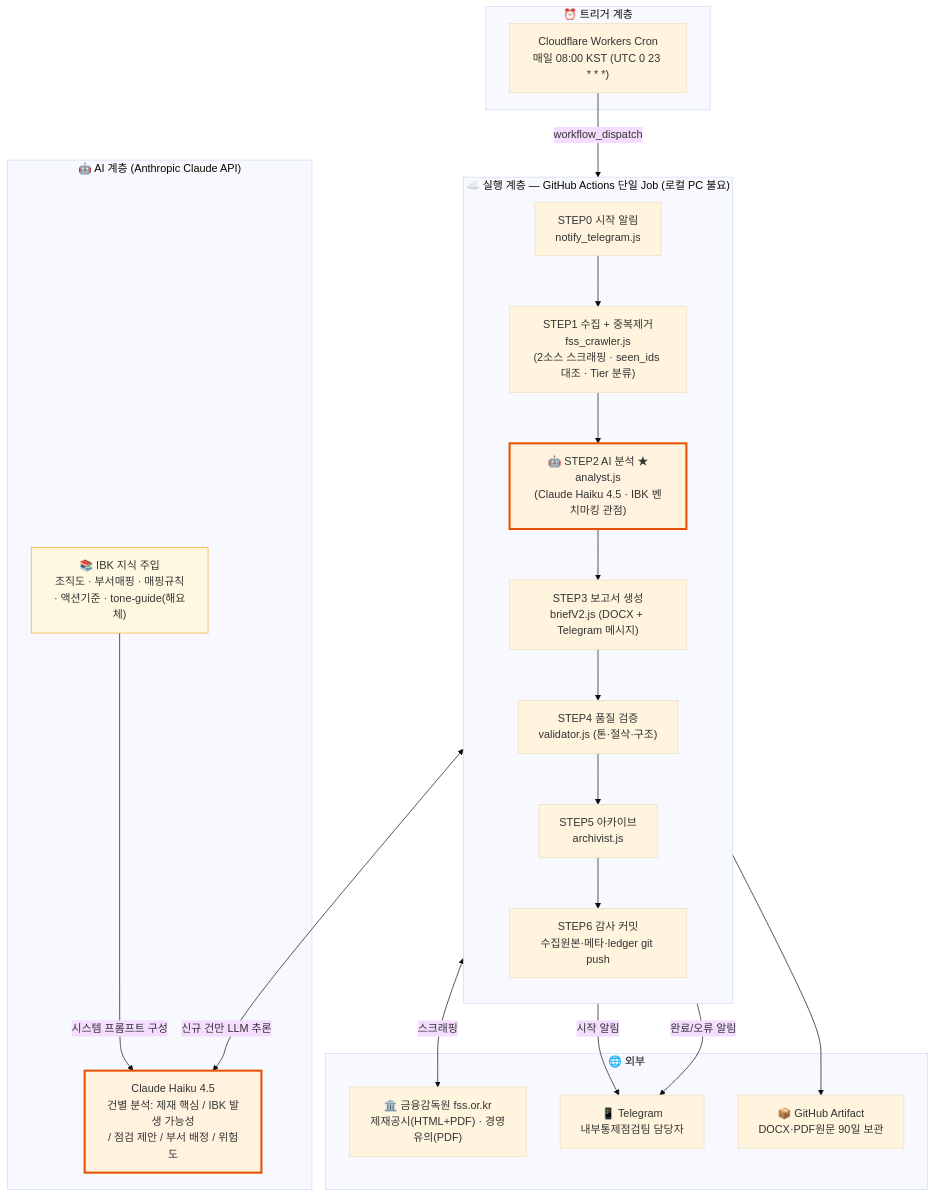
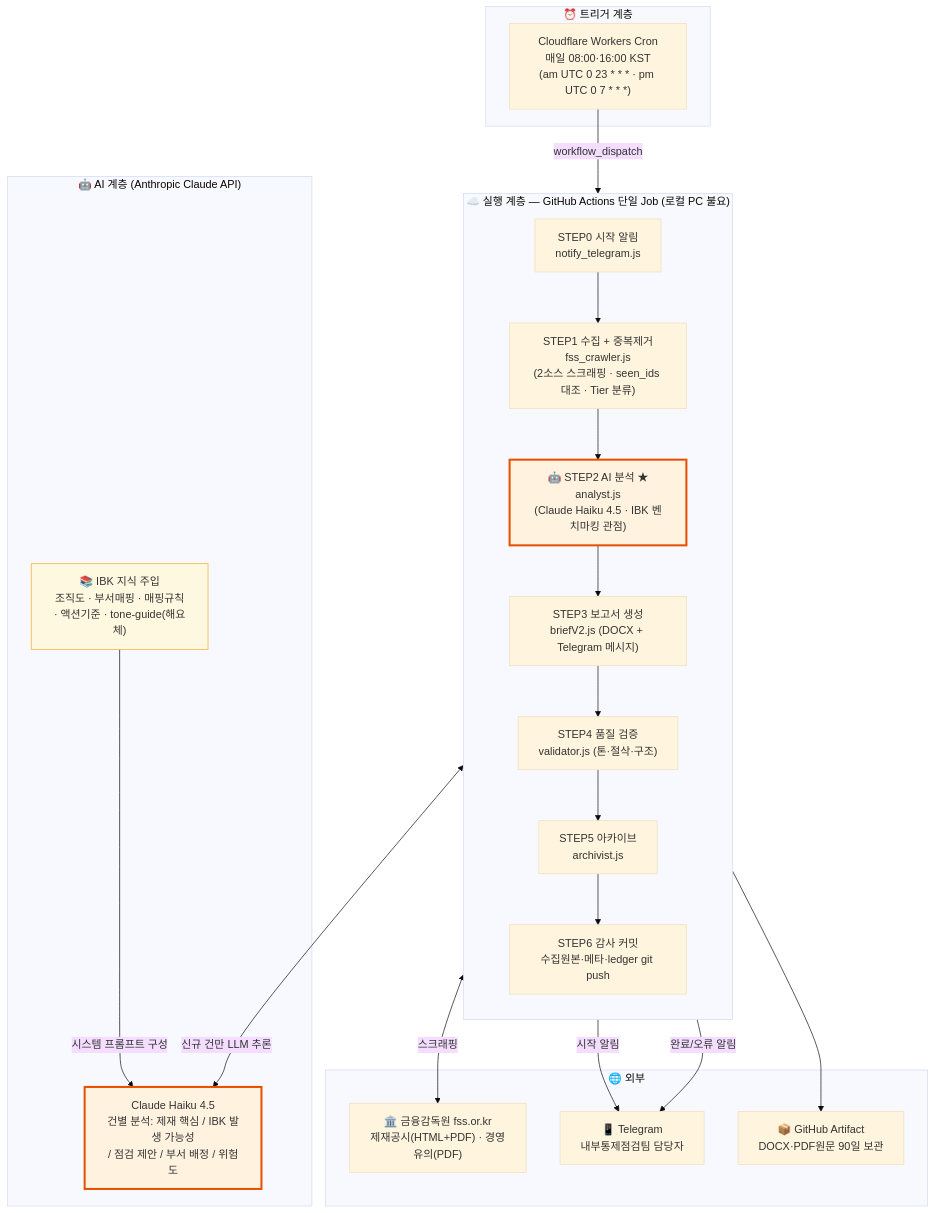
One commit to pyorocop-lang/ibk-FSS-brief changed the first of 2 diagrams in docs/deliverables/03_BUSINESS_DOC.md. Above: the diagram before and after it, drawn with Mermaid (base theme). The commit also changed other lines of this file and 20 other files, not shown here.

````diff
--- a/docs/deliverables/03_BUSINESS_DOC.md
+++ b/docs/deliverables/03_BUSINESS_DOC.md
@@ -27,40 +27,40 @@
 ```mermaid
 flowchart TB
     subgraph TRIGGER["⏰ 트리거 계층"]
-        CRON["Cloudflare Workers Cron<br/>매일 08:00 KST (UTC 0 23 * * *)"]
+        CRON["Cloudflare Workers Cron<br/>매일 08:00·16:00 KST<br/>(am UTC 0 23 * * * · pm UTC 0 7 * * *)"]
     end
 
     subgraph PIPELINE["☁️ 실행 계층 — GitHub Actions 단일 Job (로컬 PC 불요)"]
         direction TB
         S0["STEP0 시작 알림<br/>notify_telegram.js"]
         S1["STEP1 수집 + 중복제거<br/>fss_crawler.js<br/>(2소스 스크래핑 · seen_ids 대조 · Tier 분류)"]
         S2["🤖 STEP2 AI 분석 ★<br/>analyst.js<br/>(Claude Haiku 4.5 · IBK 벤치마킹 관점)"]
         S3["STEP3 보고서 생성<br/>briefV2.js (DOCX + Telegram 메시지)"]
         S4["STEP4 품질 검증<br/>validator.js (톤·절삭·구조)"]
         S5["STEP5 아카이브<br/>archivist.js"]
         S6["STEP6 감사 커밋<br/>수집원본·메타·ledger git push"]
     end
 
     subgraph AI["🤖 AI 계층 (Anthropic Claude API)"]
         LLM["Claude Haiku 4.5<br/>건별 분석: 제재 핵심 / IBK 발생 가능성<br/>/ 점검 제안 / 부서 배정 / 위험도"]
         KNOW["📚 IBK 지식 주입<br/>조직도 · 부서매핑 · 매핑규칙<br/>· 액션기준 · tone-guide(해요체)"]
     end
 
     subgraph EXT["🌐 외부"]
         FSS["🏛️ 금융감독원 fss.or.kr<br/>제재공시(HTML+PDF) · 경영유의(PDF)"]
         TG["📱 Telegram<br/>내부통제점검팀 담당자"]
         ART["📦 GitHub Artifact<br/>DOCX·PDF원문 90일 보관"]
     end
 
     CRON -->|workflow_dispatch| S0 --> S1 --> S2 --> S3 --> S4 --> S5 --> S6
     S1 <-->|스크래핑| FSS
     KNOW -->|시스템 프롬프트 구성| LLM
     S2 <-->|"신규 건만 LLM 추론"| LLM
     S0 -->|시작 알림| TG
     S6 -->|완료/오류 알림| TG
     S6 --> ART
 
     style S2 fill:#FFF3E0,stroke:#E65100,stroke-width:3px
     style LLM fill:#FFF3E0,stroke:#E65100,stroke-width:3px
     style KNOW fill:#FFF8E1,stroke:#F9A825
 ```
````
